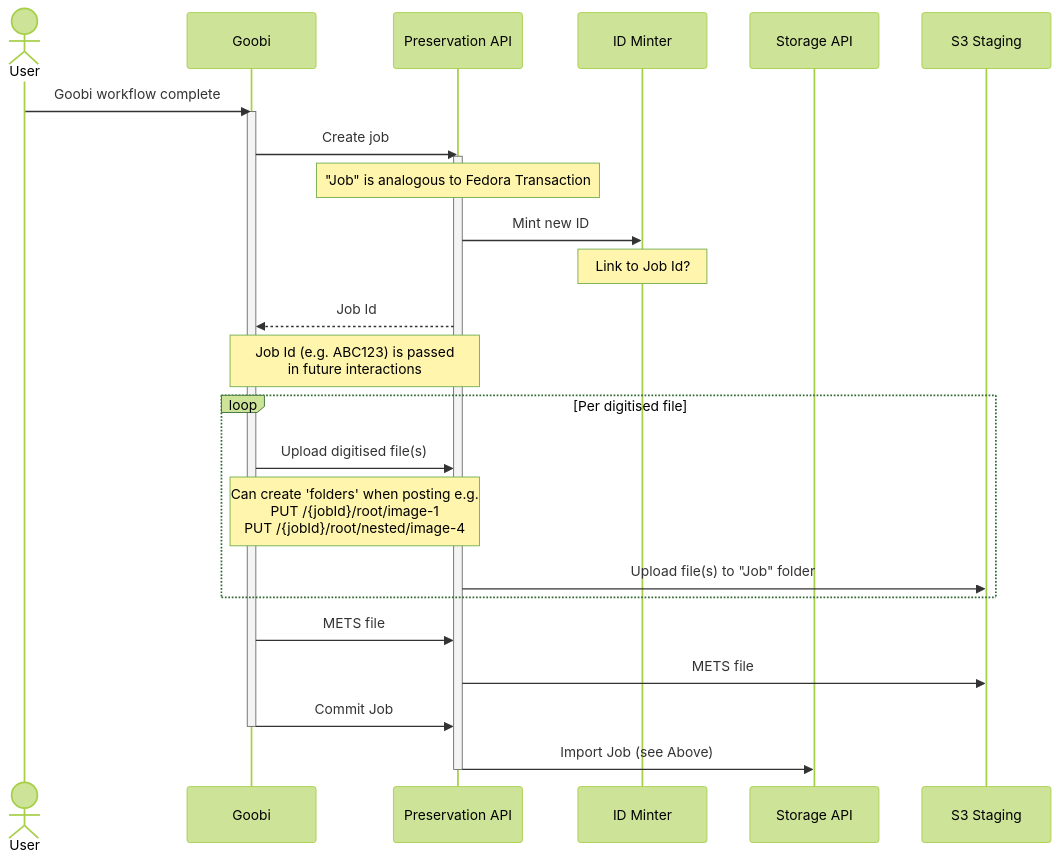
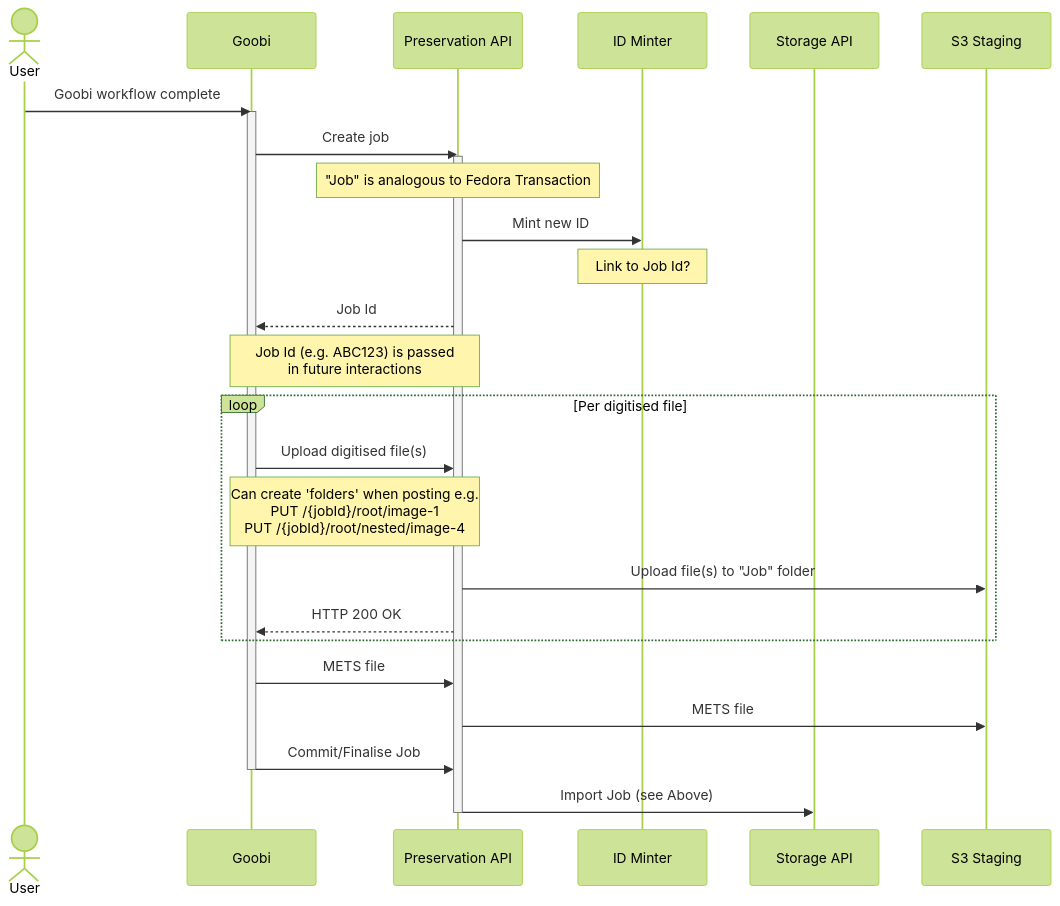
One commit to digirati-co-uk/digital-preservation-docs changed the second of 3 diagrams in sequence-diagrams/goobi_api_interaction.md. Above: the diagram before and after it, drawn with Mermaid (forest theme). The commit also changed other lines of this file, not shown here.

Commit message:
Tweaks to goobi diagrams

````diff
--- a/sequence-diagrams/goobi_api_interaction.md
+++ b/sequence-diagrams/goobi_api_interaction.md
@@ -85,30 +86,31 @@
 ```mermaid
 sequenceDiagram
   actor User
   participant G as Goobi
   participant P as Preservation API
   participant ID as ID Minter
   participant S as Storage API
   participant S3 as S3 Staging
 
   User->>G: Goobi workflow complete
   activate G
   G->>P: Create job
   activate P
   note over P: "Job" is analogous to Fedora Transaction
   P->>ID: Mint new ID
   note over ID: Link to Job Id?
   P-->>G: Job Id
   note over G,P: Job Id (e.g. ABC123) is passed<br>in future interactions
   loop Per digitised file
     G->>P: Upload digitised file(s)
     note over G,P:Can create 'folders' when posting e.g.<br>PUT /{jobId}/root/image-1<br>PUT /{jobId}/root/nested/image-4
     P->>S3: Upload file(s) to "Job" folder
+    P-->>G: HTTP 200 OK
   end
   G->>P: METS file
   P->>S3: METS file
-  G->>P: Commit Job
+  G->>P: Commit/Finalise Job
   deactivate G
   P->>S:Import Job (see Above)
   deactivate P
 ```
````
